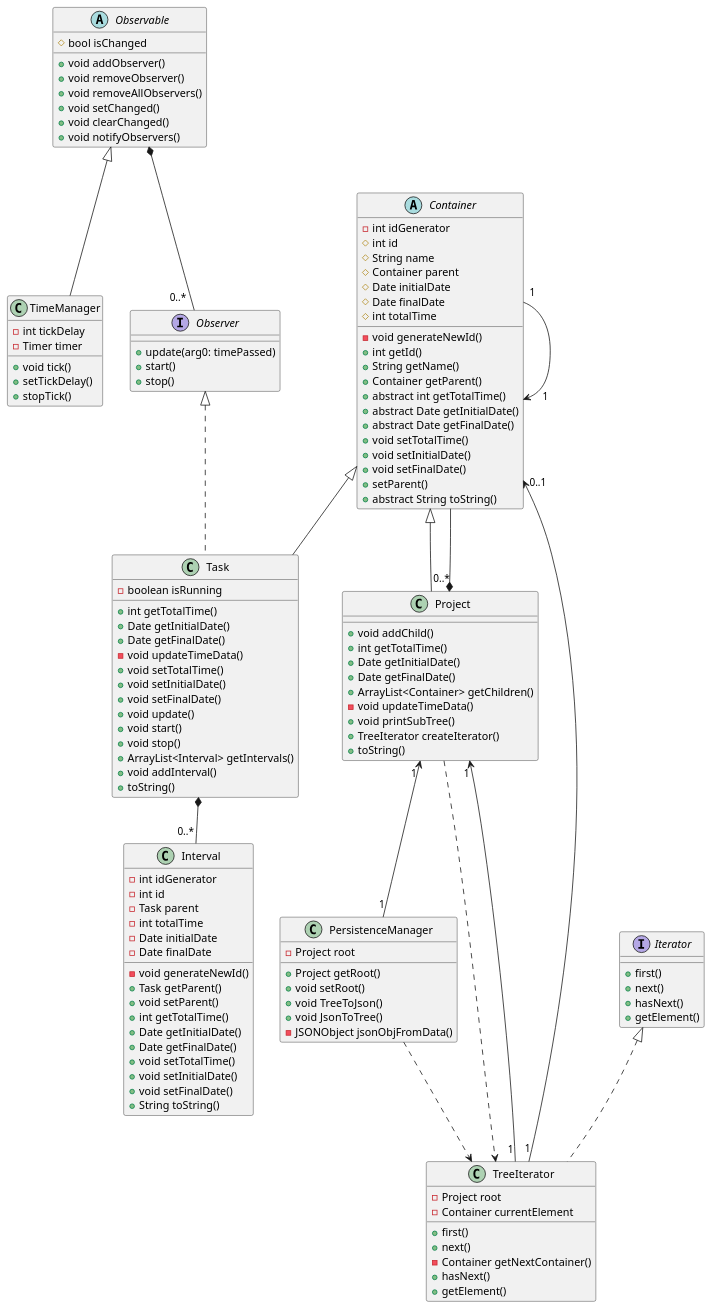
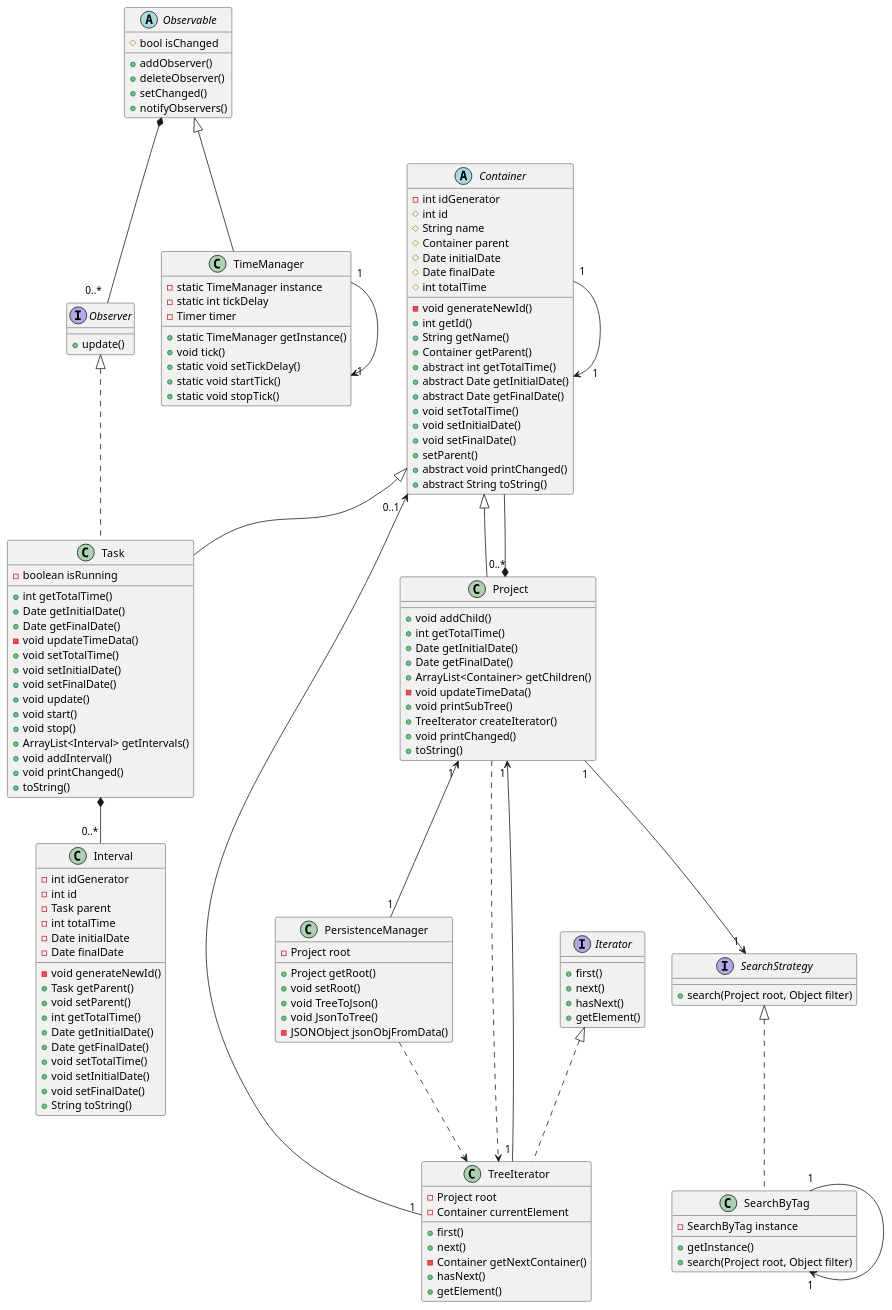
Before and after one commit to bemo10/time-tracker: the diagram in TimeTrackerUML.puml, drawn with PlantUML. The commit also changed 93 other files, not shown here.

```diff
--- a/TimeTrackerUML.puml
+++ b/TimeTrackerUML.puml
@@ -3,27 +3,26 @@
 abstract class Observable {
     #bool isChanged
 
-    +void addObserver()
-    +void removeObserver()
-    +void removeAllObservers()
-    +void setChanged()
-    +void clearChanged()
-    +void notifyObservers()
+    +addObserver()
+    +deleteObserver()
+    +setChanged()
+    +notifyObservers()
 }
 
 class TimeManager {
-    -int tickDelay
+    -static TimeManager instance
+    -static int tickDelay
     -Timer timer
 
+    +static TimeManager getInstance()
     +void tick()
-    +setTickDelay()
-    +stopTick()
+    +static void setTickDelay()
+    +static void startTick()
+    +static void stopTick()
 }
 
 interface Observer {
-    +update(arg0: timePassed)
-    +start()
-    +stop()
+    +update()
 }
 
 abstract class Container {
@@ -46,6 +45,7 @@
     +void setInitialDate()
     +void setFinalDate()
     +setParent()
+    +abstract void printChanged()
     +abstract String toString()
 }
 
@@ -58,6 +58,7 @@
     -void updateTimeData()
     +void printSubTree()
     +TreeIterator createIterator()
+    +void printChanged()
     +toString()
 }
 
@@ -76,6 +77,7 @@
     +void stop()
     +ArrayList<Interval> getIntervals()
     +void addInterval()
+    +void printChanged()
     +toString()
 }
 
@@ -128,69 +130,66 @@
 }
 
 
+interface SearchStrategy {
+    +search(Project root, Object filter)
+}
+
+class SearchByTag {
+    -SearchByTag instance
+
+    +getInstance()
+    +search(Project root, Object filter)
+}
+
+
 /'
 class ContainerTree {
     -int id
-    -Project root
-
+    -Core.Project root
     +int getId()
-    +Project getRoot()
+    +Core.Project getRoot()
     +void addContainer(arg0: newContainer, arg1: parent)
-    +Container findContainerById()
+    +Core.Container findContainerById()
     +void TreeToJson()
     +void JsonToTree()
 }
-
 class Invoker {
     +void addCommand()
     +void executeCommand()
     +void tick()
 }
-
 interface Command {
     +void execute()
 }
-
 object FlutterClient {
     ...
 }
-
 object WebServer {
     ...
 }
-
 class AddContainerCommand {
     -ContainerTree tree
-    -Project parent
-    -Container newContainer
-
+    -Core.Project parent
+    -Core.Container newContainer
     +void execute()
 }
-
 class StartTaskCommand {
     -Observable timeManager
-    -Task task
-
+    -Core.Task task
     +void execute()
 }
-
 class EndTaskCommand {
     -Observable timeManager
-    -Task task
-
+    -Core.Task task
     +void execute()
 }
-
 class GetTreeCommand {
     -ContainerTree tree
     -WebServer response
-
     +void execute()
 }
-
 class OtherCommands {
     ...
-
     +void execute()
 }
 '/
@@ -203,6 +202,7 @@
 Task *-- "0..* " Interval
 Project "0..*" *--  Container
 Observable <|-- TimeManager
+TimeManager "1 " --> "1 " TimeManager
 Observer <|.. Task
 Observable *-- "0..*  " Observer
 Project "1 " <-- "1" PersistenceManager
@@ -211,7 +211,9 @@
 TreeIterator "1" --> "0..1  " Container
 Project ..> TreeIterator
 PersistenceManager ..> TreeIterator
-
+SearchStrategy <|.. SearchByTag
+Project "1 " --> "1 " SearchStrategy
+SearchByTag "1 " --> "1 " SearchByTag
 /'
 Invoker o-- Command
 FlutterClient ..> WebServer
@@ -229,9 +231,8 @@
 'EndTaskCommand --> Observable
 
 /'
-note left of TimeManager::tick
+note left of Core.TimeManager::tick
   Ejecuta en un segundo Thread.
-
   - Comprueba si el tiempo que ha pasado
   es mayor o igual que "timeToUpdate".
   - Ejecuta "setChanged()" en caso que si.
@@ -241,7 +242,6 @@
 /'
 note left of Invoker::tick
   Ejecuta en el Thread principal.
-
   - Ejecuta todos los comandos que han llegado del WebServer
 end note
 '/
```
